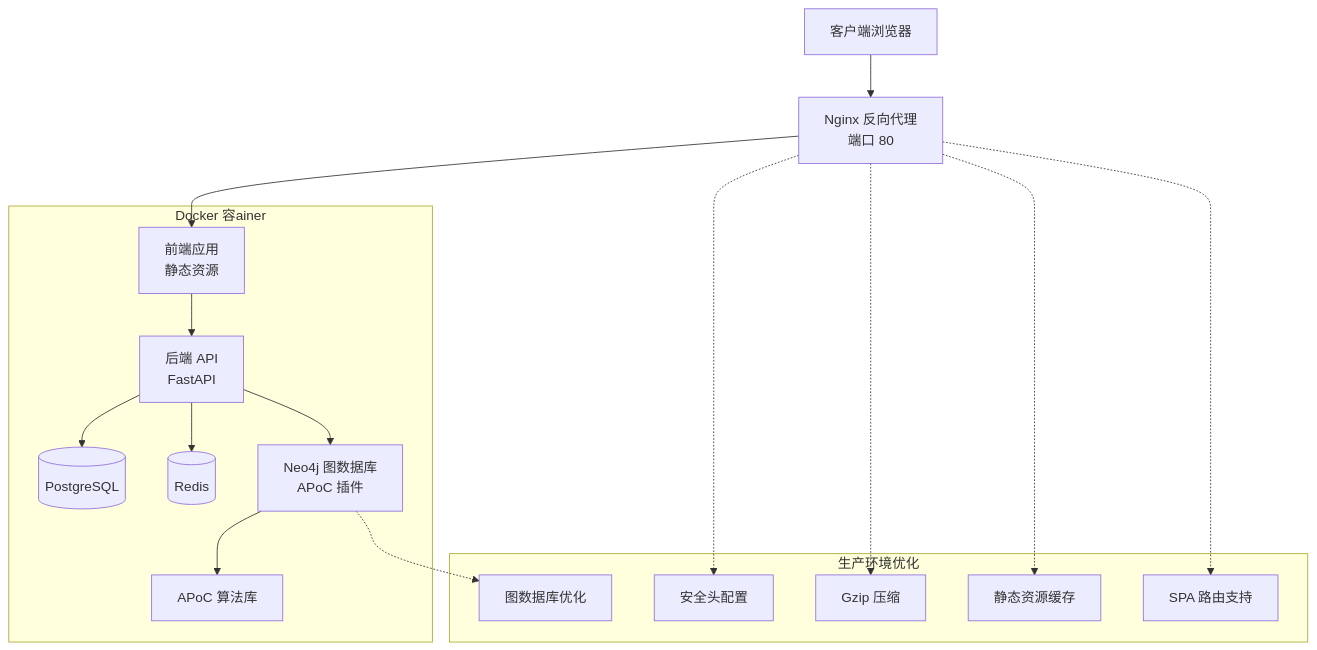
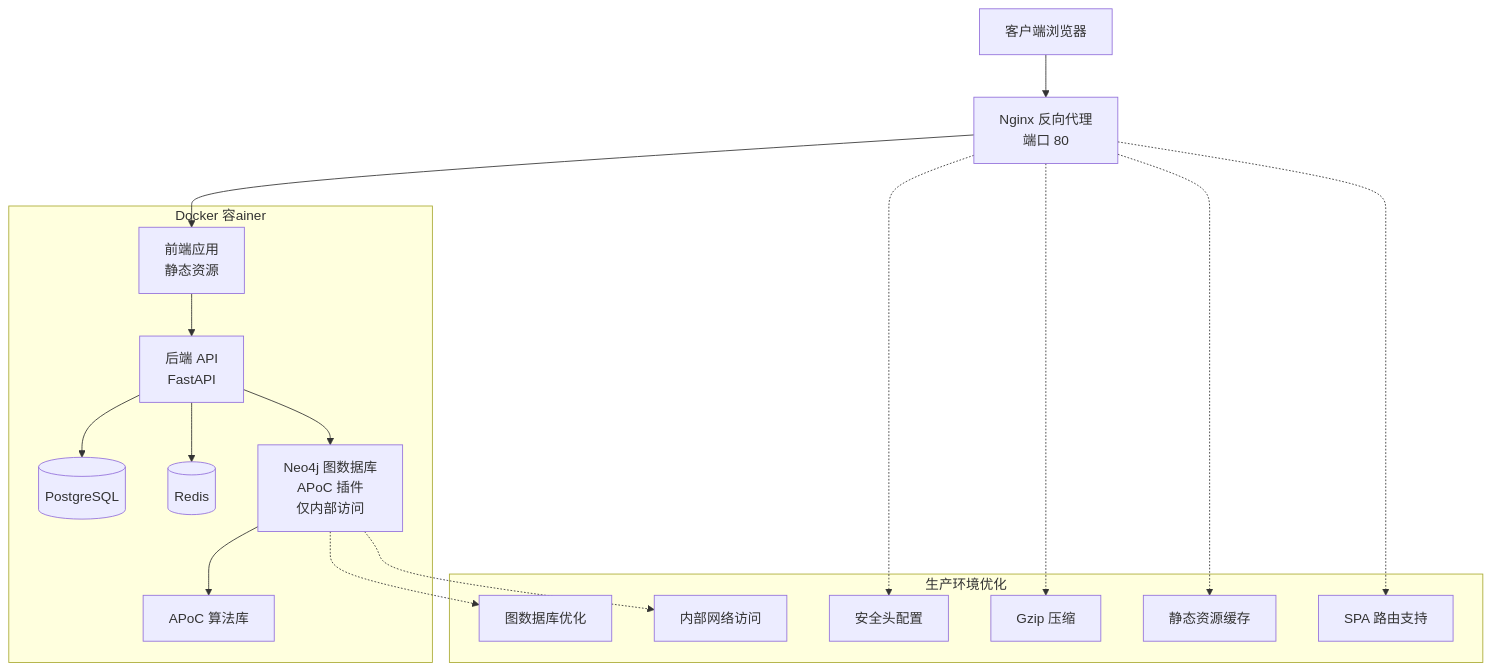
The second of 21 diagrams in .qoder/repowiki/zh/content/Docker Deployment.md (xfbyxq/ai-novel-system), drawn with Mermaid before and after one commit. The commit also changed other lines of this file and 1 other file, not shown here.

````diff
--- a/.qoder/repowiki/zh/content/Docker Deployment.md
+++ b/.qoder/repowiki/zh/content/Docker Deployment.md
@@ -228,30 +235,32 @@
 ```mermaid
 graph TD
 CLIENT[客户端浏览器] --> NGINX[Nginx 反向代理<br/>端口 80]
 NGINX --> FRONTEND[前端应用<br/>静态资源]
 FRONTEND --> BACKEND[后端 API<br/>FastAPI]
 BACKEND --> DB[(PostgreSQL)]
 BACKEND --> CACHE[(Redis)]
-BACKEND --> GRAPH_DB[Neo4j 图数据库<br/>APoC 插件]
+BACKEND --> GRAPH_DB[Neo4j 图数据库<br/>APoC 插件<br/>仅内部访问]
 GRAPH_DB --> APOC[APoC 算法库]
 subgraph "Docker 容ainer"
 FRONTEND
 BACKEND
 DB
 CACHE
 GRAPH_DB
 APOC
 end
 subgraph "生产环境优化"
 SECURITY[安全头配置]
 GZIP[Gzip 压缩]
 CACHE_STATIC[静态资源缓存]
 SPA_ROUTING[SPA 路由支持]
 GRAPH_OPTIMIZATION[图数据库优化]
+INTERNAL_ACCESS[内部网络访问]
 end
 NGINX -.-> SECURITY
 NGINX -.-> GZIP
 NGINX -.-> CACHE_STATIC
 NGINX -.-> SPA_ROUTING
 GRAPH_DB -.-> GRAPH_OPTIMIZATION
+GRAPH_DB -.-> INTERNAL_ACCESS
 ```
````
